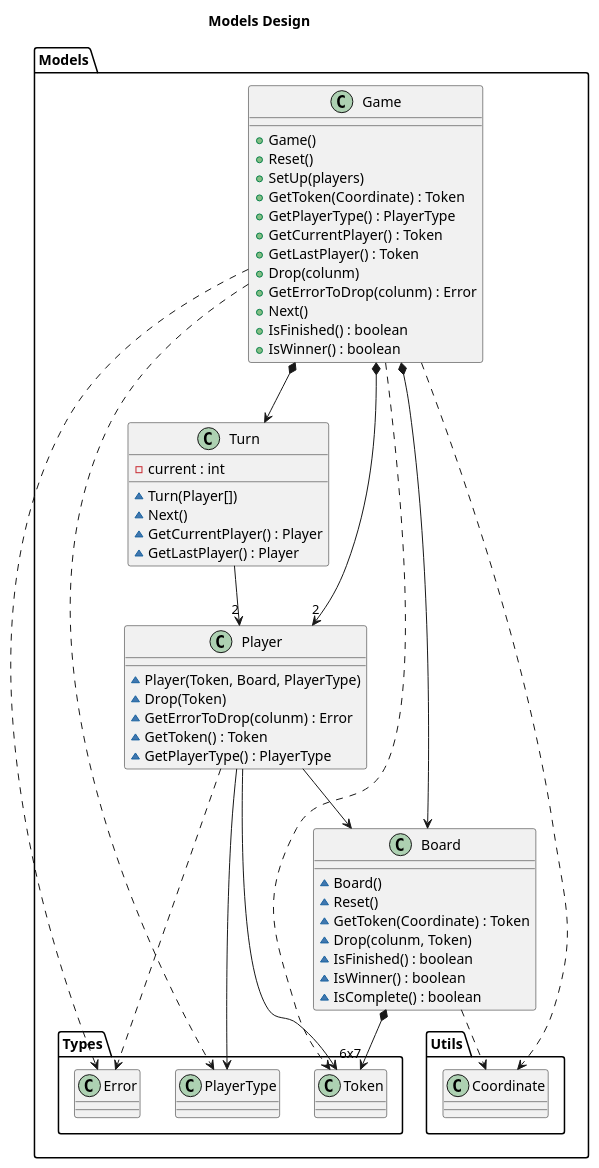
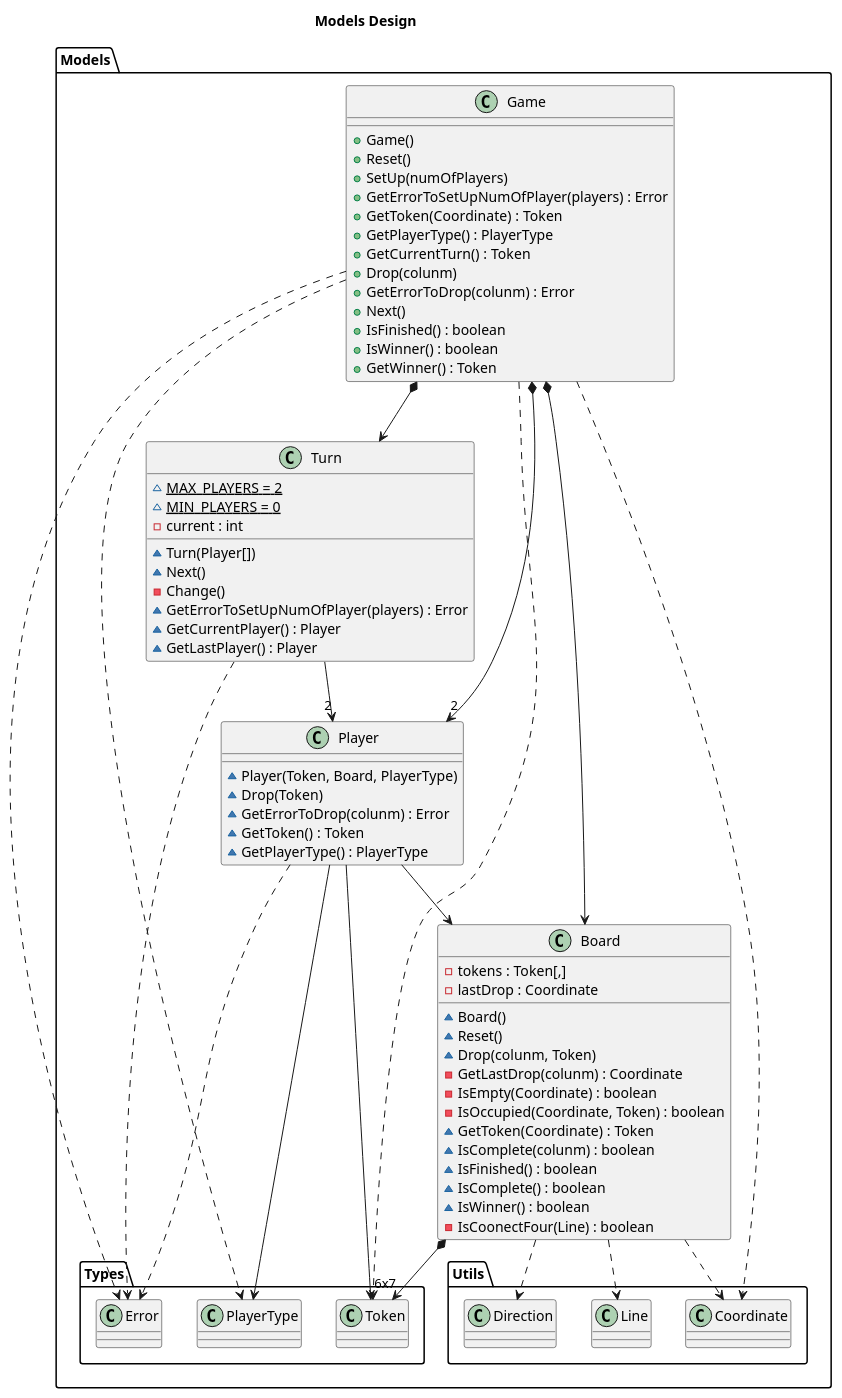
One commit to franpaulinoinfante/MasterSoftwareDevelopment changed the fifth of 7 diagrams in src/Connect4/DocumentView/WithFactoryMethod/Docs/Design.plantuml. Above: the diagram before and after it, drawn with PlantUML. The commit also changed other lines of this file and 28 other files, not shown here.

```diff
--- a/src/Connect4/DocumentView/WithFactoryMethod/Docs/Design.plantuml
+++ b/src/Connect4/DocumentView/WithFactoryMethod/Docs/Design.plantuml
@@ -246,60 +236,75 @@
 @startuml ModelsDesign
 title Models Design
 
 package Models{
     class Game{
         +Game()
         +Reset()
-        +SetUp(players)
+        +SetUp(numOfPlayers)
+        +GetErrorToSetUpNumOfPlayer(players) : Error
         +GetToken(Coordinate) : Token
         +GetPlayerType() : PlayerType
-        +GetCurrentPlayer() : Token
-        +GetLastPlayer() : Token
+        +GetCurrentTurn() : Token
         +Drop(colunm)
-        +GetErrorToDrop(colunm) : Error
-        +Next()
+        +GetErrorToDrop(colunm) : Error   
+        +Next()     
         +IsFinished() : boolean
         +IsWinner() : boolean
+        +GetWinner() : Token
     }
     Game *--> Board
     Game *--> Turn
     Game *--> "2" Player
     Game ..> Types.PlayerType
     Game ..> Types.Token
     Game ..> Types.Error
     Game ..> Utils.Coordinate
 
     class Board{
+        -tokens : Token[,]
+        -lastDrop : Coordinate
         ~Board()
         ~Reset()
+        ~Drop(colunm, Token)
+        -GetLastDrop(colunm) : Coordinate
+        -IsEmpty(Coordinate) : boolean
+        -IsOccupied(Coordinate, Token) : boolean
         ~GetToken(Coordinate) : Token
-        ~Drop(colunm, Token)
+        ~IsComplete(colunm) : boolean
         ~IsFinished() : boolean
+        ~IsComplete() : boolean
         ~IsWinner() : boolean
-        ~IsComplete() : boolean
+        -IsCoonectFour(Line) : boolean
     }
     Board *--> "6x7" Types.Token
     Board ..> Utils.Coordinate
+    Board ..> Utils.Line
+    Board ..> Utils.Direction
 
     class Turn{
+        ~{static}MAX_PLAYERS = 2
+        ~{static}MIN_PLAYERS = 0
         -current : int
         ~Turn(Player[])
         ~Next()
+        -Change()
+        ~GetErrorToSetUpNumOfPlayer(players) : Error
         ~GetCurrentPlayer() : Player
         ~GetLastPlayer() : Player
     }
     Turn --> "2" Player
+    Turn ..> Types.Error
 
     class Player{
         ~Player(Token, Board, PlayerType)
         ~Drop(Token)
         ~GetErrorToDrop(colunm) : Error
         ~GetToken() : Token
         ~GetPlayerType() : PlayerType
     }
     Player --> Board
     Player --> Types.Token
     Player --> Types.PlayerType
     Player ..> Types.Error
 }
 @enduml
```
